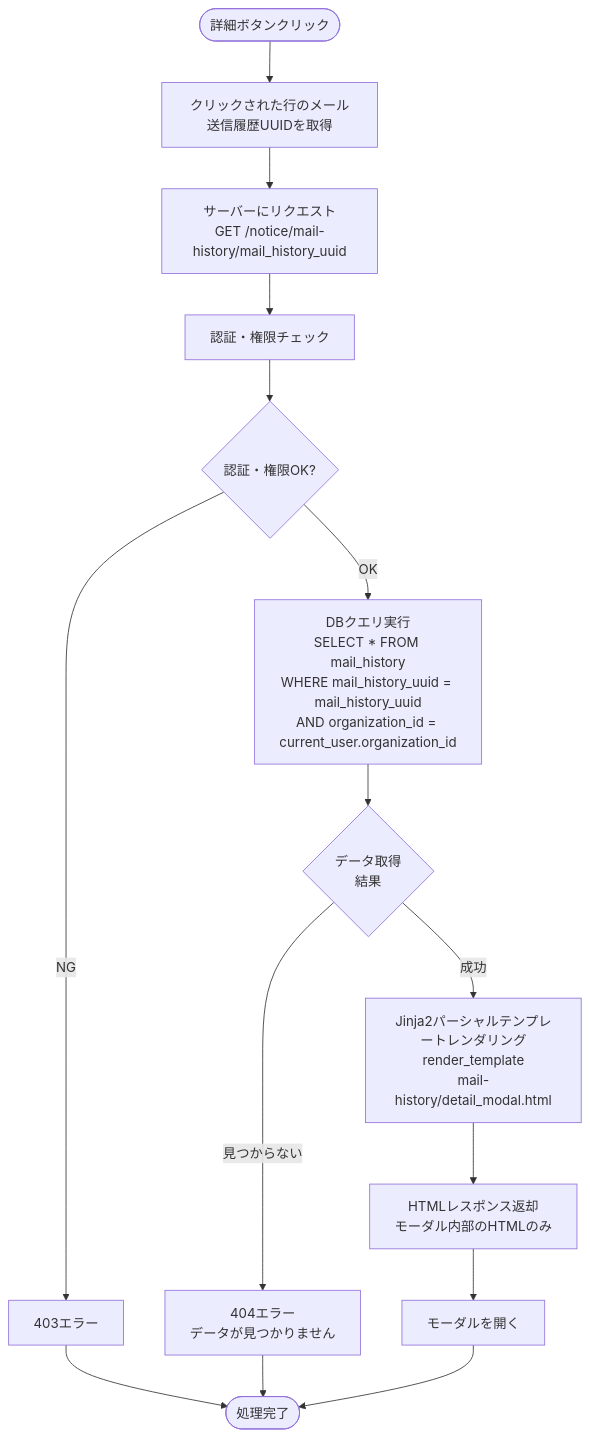
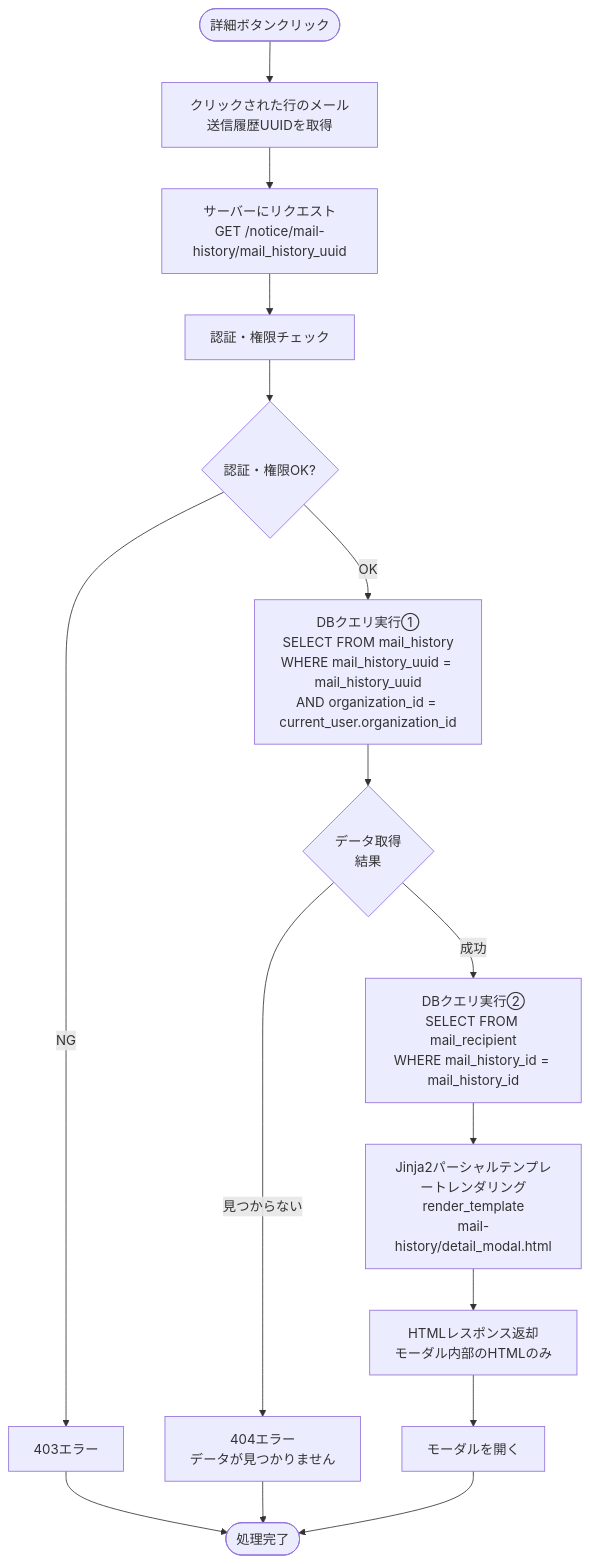
Before and after one commit to NSW-SVCP-AIWG002/Databricks-IoT: the fourth of 5 diagrams in docs/03-features/flask-app/mail-history/workflow-specification.md, drawn with Mermaid. The commit also changed other lines of this file and 2 other files, not shown here.

````diff
--- a/docs/03-features/flask-app/mail-history/workflow-specification.md
+++ b/docs/03-features/flask-app/mail-history/workflow-specification.md
@@ -869,21 +867,22 @@
 ```mermaid
 flowchart TD
     Start([詳細ボタンクリック]) --> GetID[クリックされた行のメール送信履歴UUIDを取得]
     GetID --> Request[サーバーにリクエスト<br>GET /notice/mail-history/mail_history_uuid]
     Request --> Auth[認証・権限チェック]
     Auth --> CheckAuth{認証・権限OK?}
 
 
     CheckAuth -->|NG| Error403[403エラー]
-    CheckAuth -->|OK| Query[DBクエリ実行<br>SELECT * FROM mail_history<br>WHERE mail_history_uuid = mail_history_uuid<br>AND organization_id = current_user.organization_id]
-    Query --> CheckDB{データ取得<br>結果}
+    CheckAuth -->|OK| Query1[DBクエリ実行①<br>SELECT FROM mail_history<br>WHERE mail_history_uuid = mail_history_uuid<br>AND organization_id = current_user.organization_id]
+    Query1 --> CheckDB{データ取得<br>結果}
 
     CheckDB -->|見つからない| Error404[404エラー<br>データが見つかりません]
-    CheckDB -->|成功| Template[Jinja2パーシャルテンプレートレンダリング<br>render_template<br>mail-history/detail_modal.html]
+    CheckDB -->|成功| Query2[DBクエリ実行②<br>SELECT FROM mail_recipient<br>WHERE mail_history_id = mail_history_id]
+    Query2 --> Template[Jinja2パーシャルテンプレートレンダリング<br>render_template<br>mail-history/detail_modal.html]
     Template --> Response[HTMLレスポンス返却<br>モーダル内部のHTMLのみ]
     Response --> Modal[モーダルを開く]
 
     Error403 --> End([処理完了])
     Error404 --> End
     Modal --> End
 ```
````
